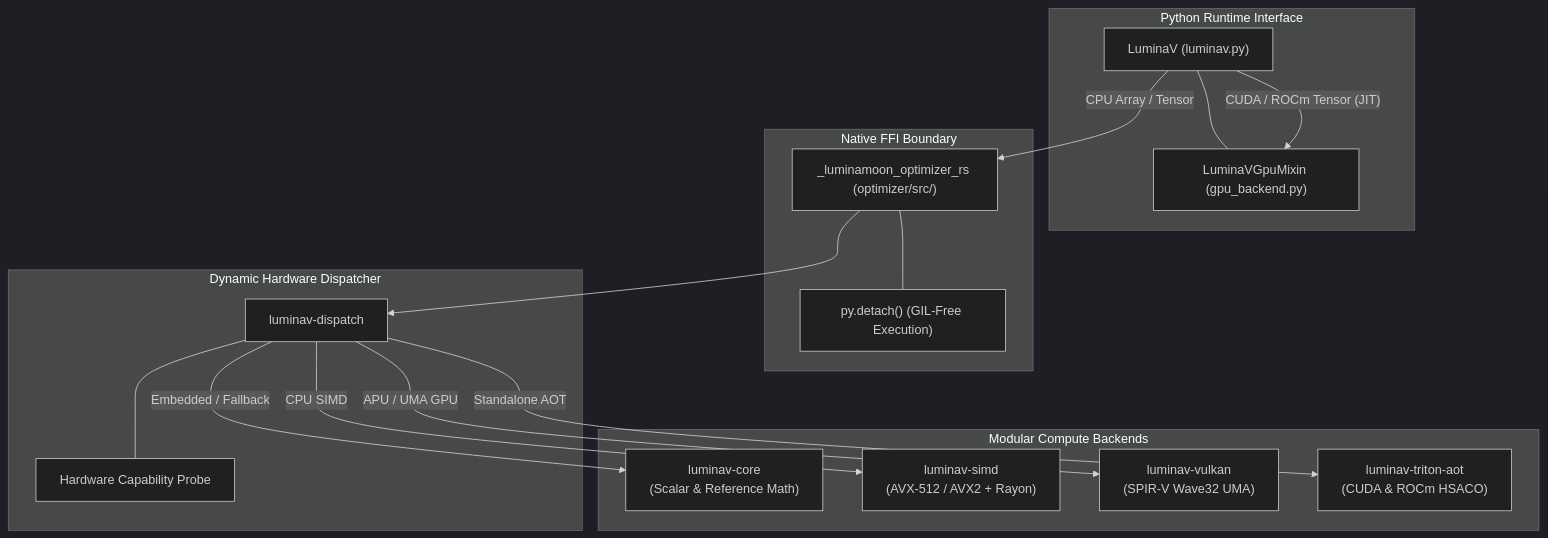
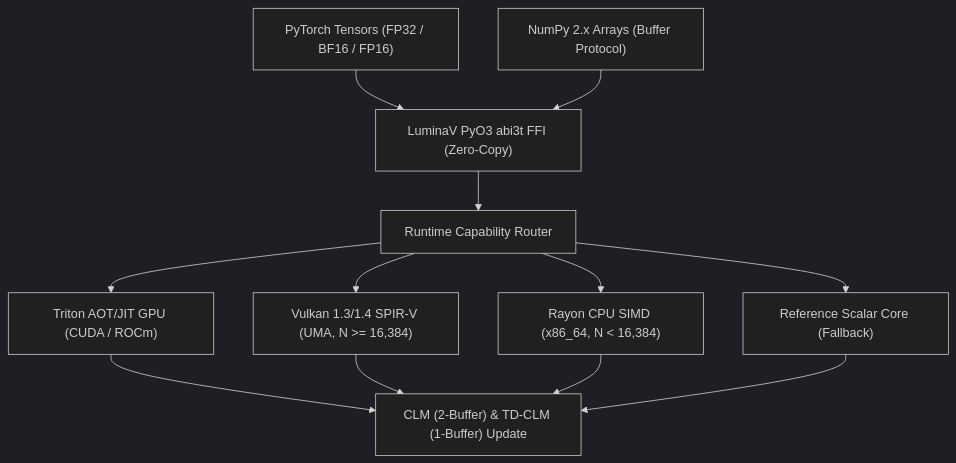
One commit to cloverx-id/luminamoon changed the diagram in docs/optimize/README.md. Above: the diagram before and after it, drawn with Mermaid (dark theme). The commit also changed other lines of this file and 177 other files, not shown here.

````diff
--- a/docs/optimize/README.md
+++ b/docs/optimize/README.md
@@ -13,35 +11,11 @@
 ```mermaid
-graph TD
-    subgraph PythonLayer["Python Runtime Interface"]
-        API["LuminaV (luminav.py)"]
-        GpuMixin["LuminaVGpuMixin (gpu_backend.py)"]
-        API --- GpuMixin
-    end
-
-    subgraph FFILayer["Native FFI Boundary"]
-        PyO3Bridge["_luminamoon_optimizer_rs (optimizer/src/)"]
-        GILControl["py.detach() (GIL-Free Execution)"]
-        PyO3Bridge --- GILControl
-    end
-
-    subgraph DispatchLayer["Dynamic Hardware Dispatcher"]
-        Dispatch["luminav-dispatch"]
-        Detector["Hardware Capability Probe"]
-        Dispatch --- Detector
-    end
-
-    subgraph ComputeEngines["Modular Compute Backends"]
-        Core["luminav-core<br/>(Scalar & Reference Math)"]
-        SIMD["luminav-simd<br/>(AVX-512 / AVX2 + Rayon)"]
-        Vulkan["luminav-vulkan<br/>(SPIR-V Wave32 UMA)"]
-        TritonAOT["luminav-triton-aot<br/>(CUDA & ROCm HSACO)"]
-    end
-
-    API -->|"CPU Array / Tensor"| PyO3Bridge
-    API -->|"CUDA / ROCm Tensor (JIT)"| GpuMixin
-    PyO3Bridge --> Dispatch
-    Dispatch -->|"CPU SIMD"| SIMD
-    Dispatch -->|"APU / UMA GPU"| Vulkan
-    Dispatch -->|"Embedded / Fallback"| Core
-    Dispatch -->|"Standalone AOT"| TritonAOT
+flowchart TD
+    PyTorch["PyTorch Tensors (FP32 / BF16 / FP16)"] --> FFI["LuminaV PyO3 abi3t FFI (Zero-Copy)"]
+    NumPy["NumPy 2.x Arrays (Buffer Protocol)"] --> FFI
+    FFI --> Dispatcher["Runtime Capability Router"]
+    Dispatcher --> Triton["Triton AOT/JIT GPU (CUDA / ROCm)"]
+    Dispatcher --> Vulkan["Vulkan 1.3/1.4 SPIR-V (UMA, N >= 16,384)"]
+    Dispatcher --> SIMD["Rayon CPU SIMD (x86_64, N < 16,384)"]
+    Dispatcher --> Scalar["Reference Scalar Core (Fallback)"]
+    Triton & Vulkan & SIMD & Scalar --> Math["CLM (2-Buffer) & TD-CLM (1-Buffer) Update"]
 ```
````
